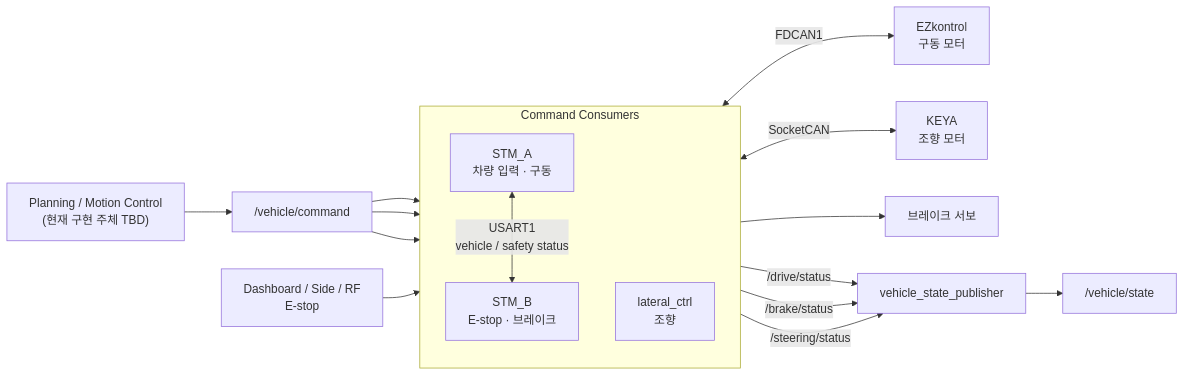
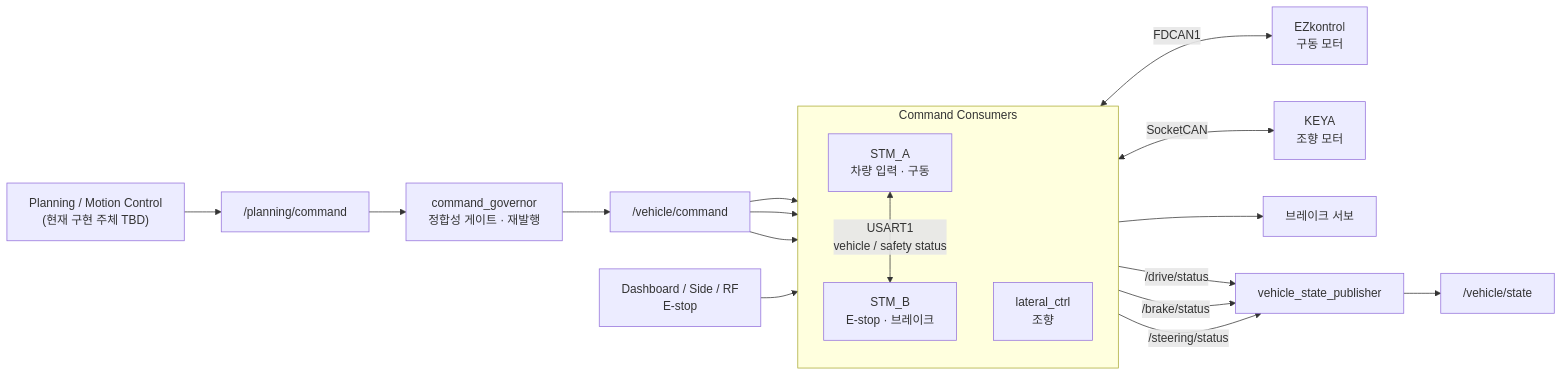
Before and after one commit to shinjuyeop/Control: the first of 2 diagrams in docs/ARCHITECTURE.md, drawn with Mermaid. The commit also changed other lines of this file and 24 other files, not shown here.

````diff
--- a/docs/ARCHITECTURE.md
+++ b/docs/ARCHITECTURE.md
@@ -15,33 +15,37 @@
 ```mermaid
 flowchart LR
     Planning["Planning / Motion Control<br/>(현재 구현 주체 TBD)"]
+    PlanCmd["/planning/command"]
+    Governor["command_governor<br/>정합성 게이트 · 재발행"]
     Command["/vehicle/command"]
 
     subgraph Consumers["Command Consumers"]
         direction TB
         STMA["STM_A<br/>차량 입력 · 구동"]
         STMB["STM_B<br/>E-stop · 브레이크"]
         Steering["lateral_ctrl<br/>조향"]
     end
 
     Drive["EZkontrol<br/>구동 모터"]
     Keya["KEYA<br/>조향 모터"]
     Estop["Dashboard / Side / RF<br/>E-stop"]
     Servo["브레이크 서보"]
     Fusion["vehicle_state_publisher"]
     State["/vehicle/state"]
 
-    Planning --> Command
+    Planning --> PlanCmd
+    PlanCmd --> Governor
+    Governor --> Command
     Command --> STMA
     Command --> STMB
     Command --> Steering
     STMA <-->|"USART1<br/>vehicle / safety status"| STMB
     STMA <-->|"FDCAN1"| Drive
     Steering <-->|"SocketCAN"| Keya
     Estop --> STMB
     STMB --> Servo
     STMA -->|"/drive/status"| Fusion
     STMB -->|"/brake/status"| Fusion
     Steering -->|"/steering/status"| Fusion
     Fusion --> State
 ```
````
